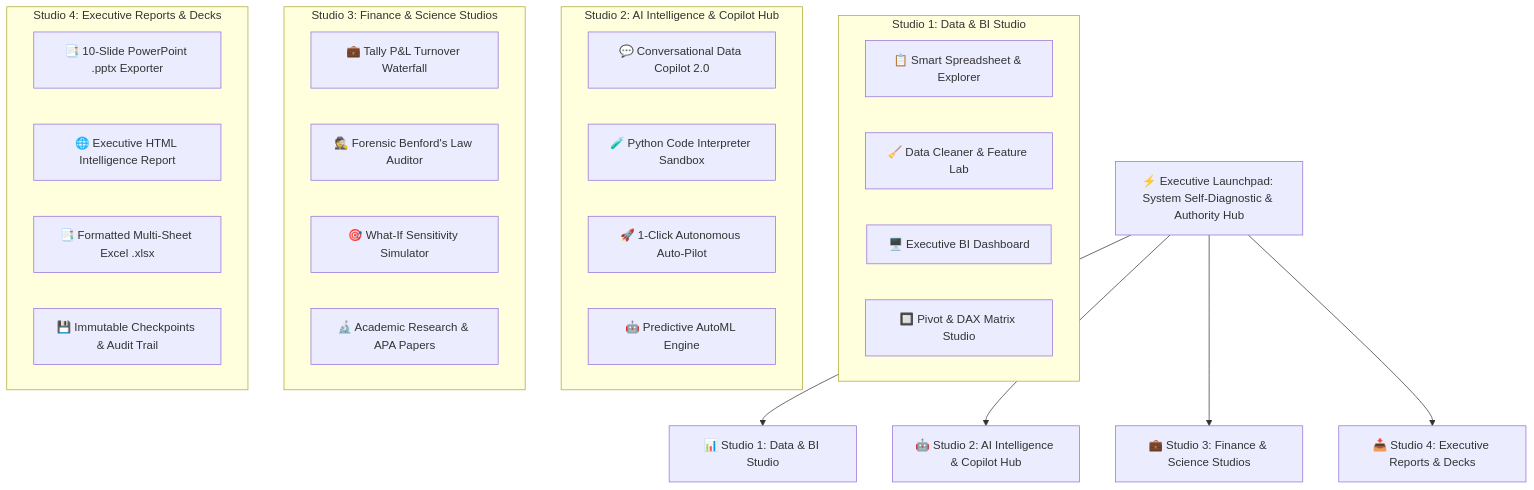
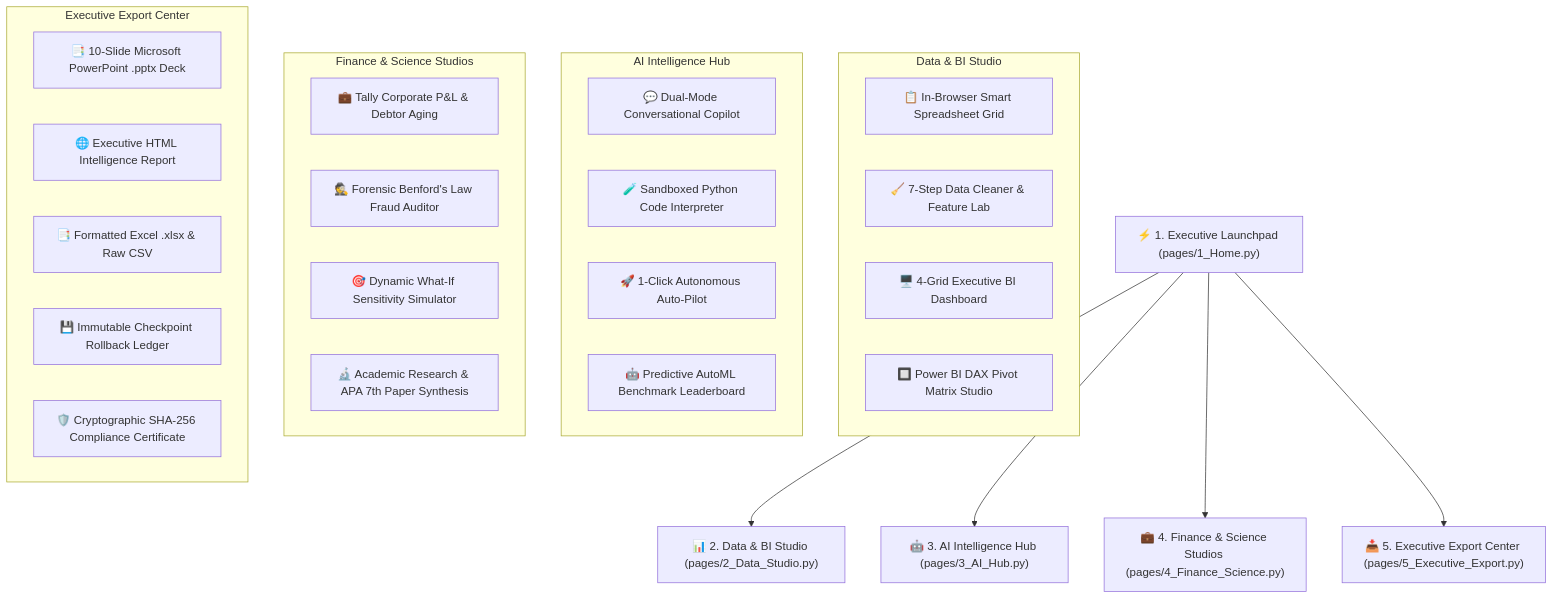
One commit to anmolgupta266650/Autonomous-DA changed the diagram in README.md. Above: the diagram before and after it, drawn with Mermaid. The commit also changed other lines of this file, not shown here.

Commit message:
docs: overhaul README with modern badges, 30s pitch, quick documentation links, and 22-module audit badge

````diff
--- a/README.md
+++ b/README.md
@@ -31,35 +47,36 @@
 ```mermaid
 flowchart TD
-    Launchpad[⚡ Executive Launchpad: System Self-Diagnostic & Authority Hub] --> S1[📊 Studio 1: Data & BI Studio]
-    Launchpad --> S2[🤖 Studio 2: AI Intelligence & Copilot Hub]
-    Launchpad --> S3[💼 Studio 3: Finance & Science Studios]
-    Launchpad --> S4[📥 Studio 4: Executive Reports & Decks]
+    Launchpad["⚡ 1. Executive Launchpad (pages/1_Home.py)"] --> S1["📊 2. Data & BI Studio (pages/2_Data_Studio.py)"]
+    Launchpad --> S2["🤖 3. AI Intelligence Hub (pages/3_AI_Hub.py)"]
+    Launchpad --> S3["💼 4. Finance & Science Studios (pages/4_Finance_Science.py)"]
+    Launchpad --> S4["📥 5. Executive Export Center (pages/5_Executive_Export.py)"]
 
-    subgraph Studio 1 [Studio 1: Data & BI Studio]
-        S1A[📋 Smart Spreadsheet & Explorer]
-        S1B[🧹 Data Cleaner & Feature Lab]
-        S1C[🖥️ Executive BI Dashboard]
-        S1D[🔲 Pivot & DAX Matrix Studio]
+    subgraph Studio 1 [Data & BI Studio]
+        S1A[📋 In-Browser Smart Spreadsheet Grid]
+        S1B[🧹 7-Step Data Cleaner & Feature Lab]
+        S1C[🖥️ 4-Grid Executive BI Dashboard]
+        S1D[🔲 Power BI DAX Pivot Matrix Studio]
     end
 
-    subgraph Studio 2 [Studio 2: AI Intelligence & Copilot Hub]
-        S2A[💬 Conversational Data Copilot 2.0]
-        S2B[🧪 Python Code Interpreter Sandbox]
+    subgraph Studio 2 [AI Intelligence Hub]
+        S2A[💬 Dual-Mode Conversational Copilot]
+        S2B[🧪 Sandboxed Python Code Interpreter]
         S2C[🚀 1-Click Autonomous Auto-Pilot]
-        S2D[🤖 Predictive AutoML Engine]
+        S2D[🤖 Predictive AutoML Benchmark Leaderboard]
     end
 
-    subgraph Studio 3 [Studio 3: Finance & Science Studios]
-        S3A[💼 Tally P&L Turnover Waterfall]
-        S3B[🕵️ Forensic Benford's Law Auditor]
-        S3C[🎯 What-If Sensitivity Simulator]
-        S3D[🔬 Academic Research & APA Papers]
+    subgraph Studio 3 [Finance & Science Studios]
+        S3A[💼 Tally Corporate P&L & Debtor Aging]
+        S3B[🕵️ Forensic Benford's Law Fraud Auditor]
+        S3C[🎯 Dynamic What-If Sensitivity Simulator]
+        S3D[🔬 Academic Research & APA 7th Paper Synthesis]
     end
 
-    subgraph Studio 4 [Studio 4: Executive Reports & Decks]
-        S4A[📑 10-Slide PowerPoint .pptx Exporter]
+    subgraph Studio 4 [Executive Export Center]
+        S4A[📑 10-Slide Microsoft PowerPoint .pptx Deck]
         S4B[🌐 Executive HTML Intelligence Report]
-        S4C[📑 Formatted Multi-Sheet Excel .xlsx]
-        S4D[💾 Immutable Checkpoints & Audit Trail]
+        S4C[📑 Formatted Excel .xlsx & Raw CSV]
+        S4D[💾 Immutable Checkpoint Rollback Ledger]
+        S4E[🛡️ Cryptographic SHA-256 Compliance Certificate]
     end
 ```
````
